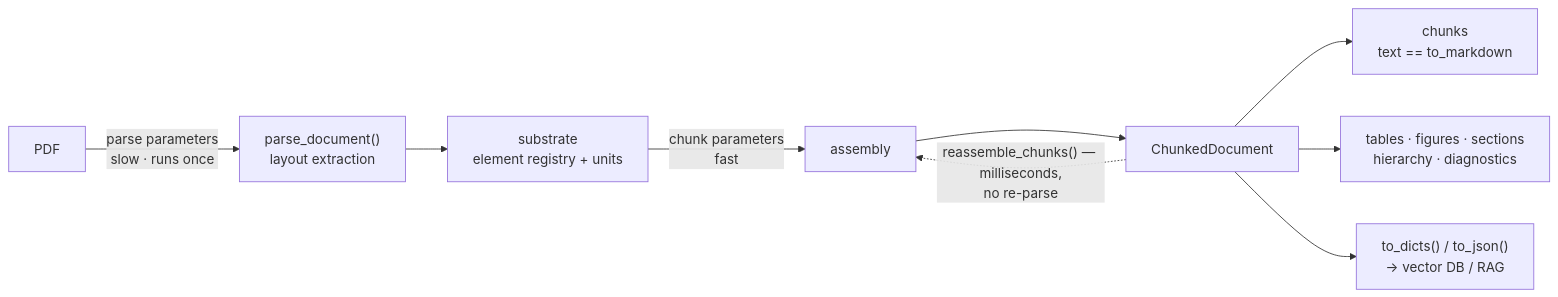
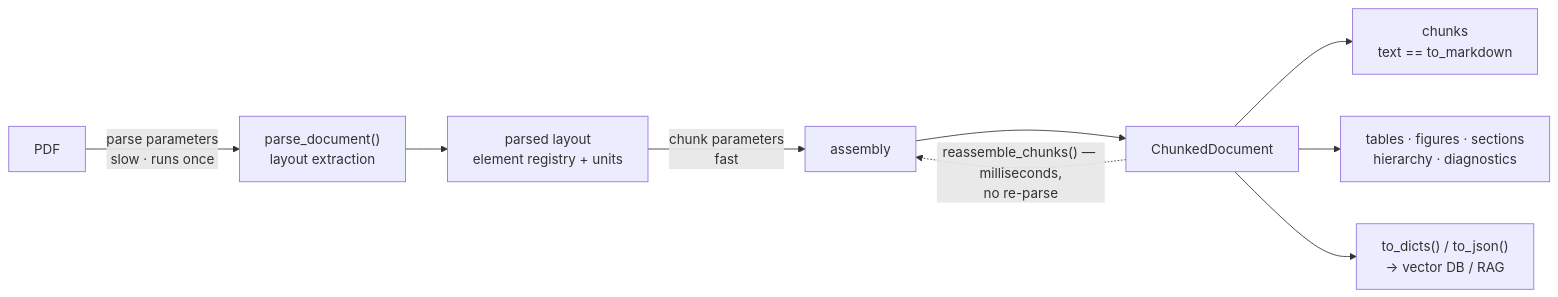
The diagram in CHUNKING.md (pymupdf/pymupdf4llm), drawn with Mermaid before and after one commit. The commit also changed other lines of this file, not shown here.

````diff
--- a/CHUNKING.md
+++ b/CHUNKING.md
@@ -56,11 +57,11 @@
 ```mermaid
 flowchart LR
     pdf["PDF"] -->|"parse parameters<br/>slow · runs once"| parse["parse_document()<br/>layout extraction"]
-    parse --> sub["substrate<br/>element registry + units"]
+    parse --> sub["parsed layout<br/>element registry + units"]
     sub -->|"chunk parameters<br/>fast"| asm["assembly"]
     asm --> cd["ChunkedDocument"]
     cd --> chunks["chunks<br/>text == to_markdown"]
     cd --> views["tables · figures · sections<br/>hierarchy · diagnostics"]
     cd --> out["to_dicts() / to_json()<br/>→ vector DB / RAG"]
     cd -.->|"reassemble_chunks() — milliseconds,<br/>no re-parse"| asm
 ```
````
